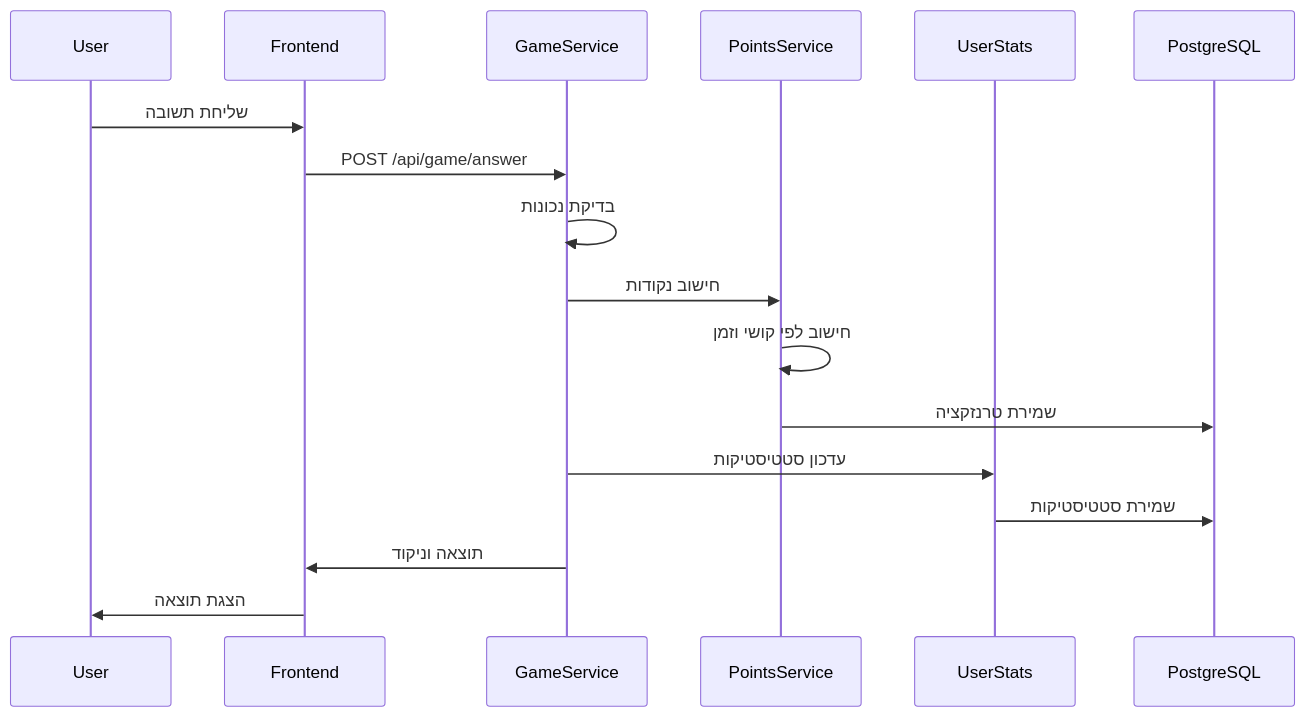
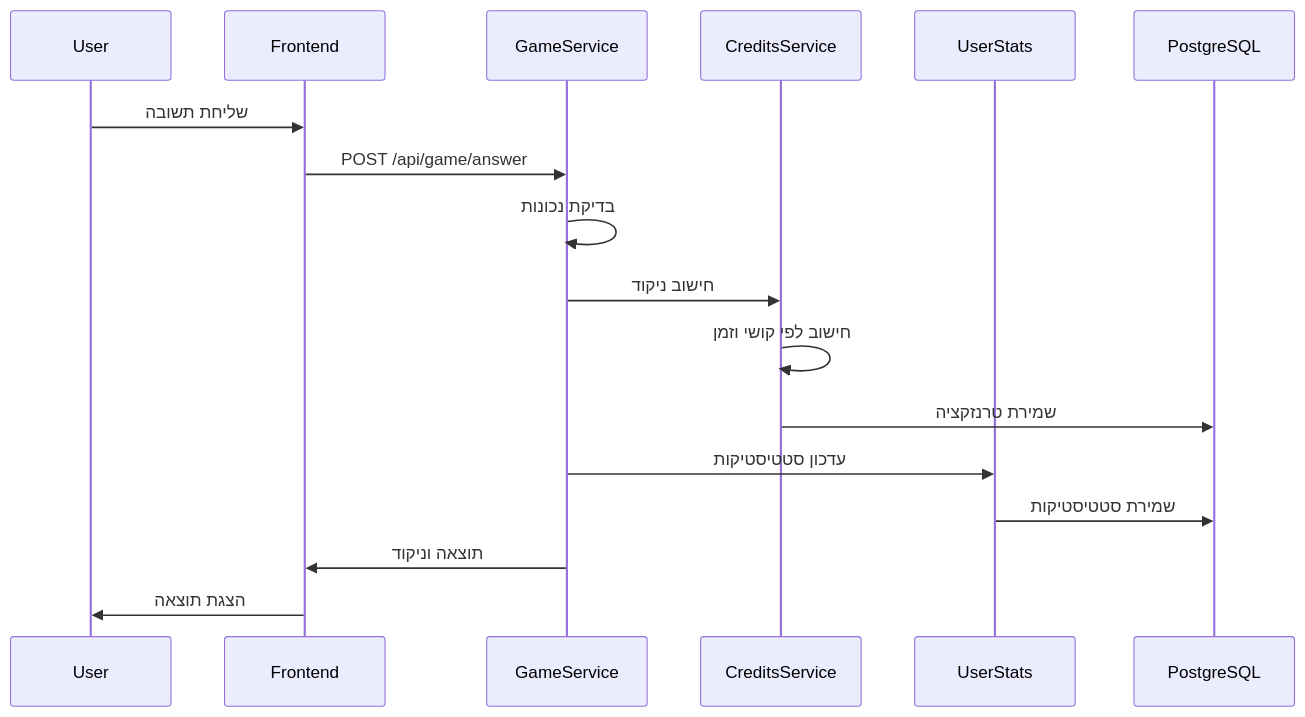
The third of 28 diagrams in docs/DIAGRAMS.md (IsraelRub/EveryTriv), drawn with Mermaid before and after one commit. The commit also changed other lines of this file and 600 other files, not shown here.

Commit message:
feat: add multiplayer game mode, migrate from points to credits system, reorganize components, and rename AI providers

````diff
--- a/docs/DIAGRAMS.md
+++ b/docs/DIAGRAMS.md
@@ -206,20 +240,20 @@
 ```mermaid
 sequenceDiagram
     participant U as User
     participant F as Frontend
     participant G as GameService
-    participant P as PointsService
+    participant P as CreditsService
     participant S as UserStats
     participant DB as PostgreSQL
 
     U->>F: שליחת תשובה
     F->>G: POST /api/game/answer
     G->>G: בדיקת נכונות
-    G->>P: חישוב נקודות
+    G->>P: חישוב ניקוד
     P->>P: חישוב לפי קושי וזמן
     P->>DB: שמירת טרנזקציה
     G->>S: עדכון סטטיסטיקות
     S->>DB: שמירת סטטיסטיקות
     G->>F: תוצאה וניקוד
     F->>U: הצגת תוצאה
 ```
````
